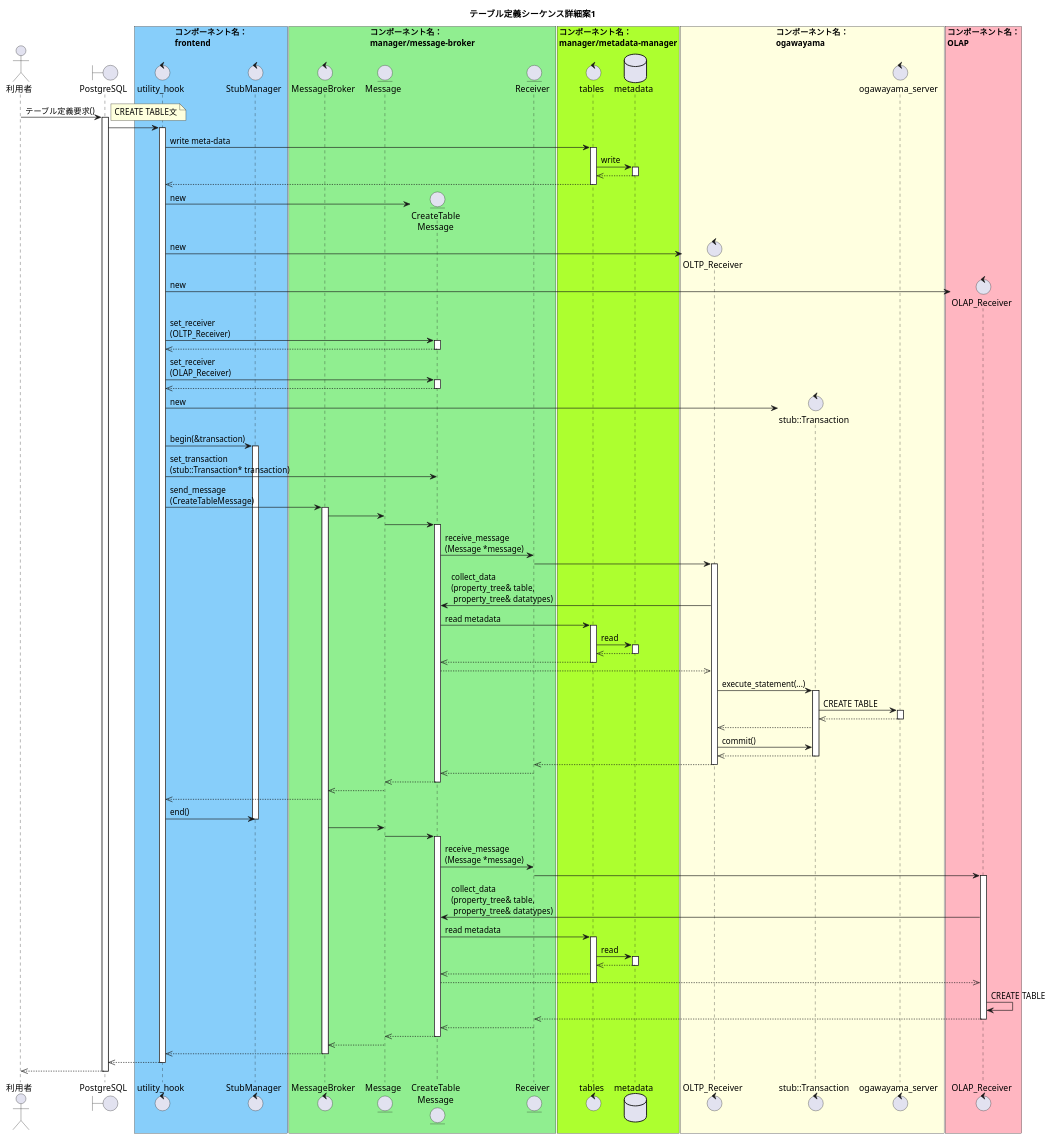
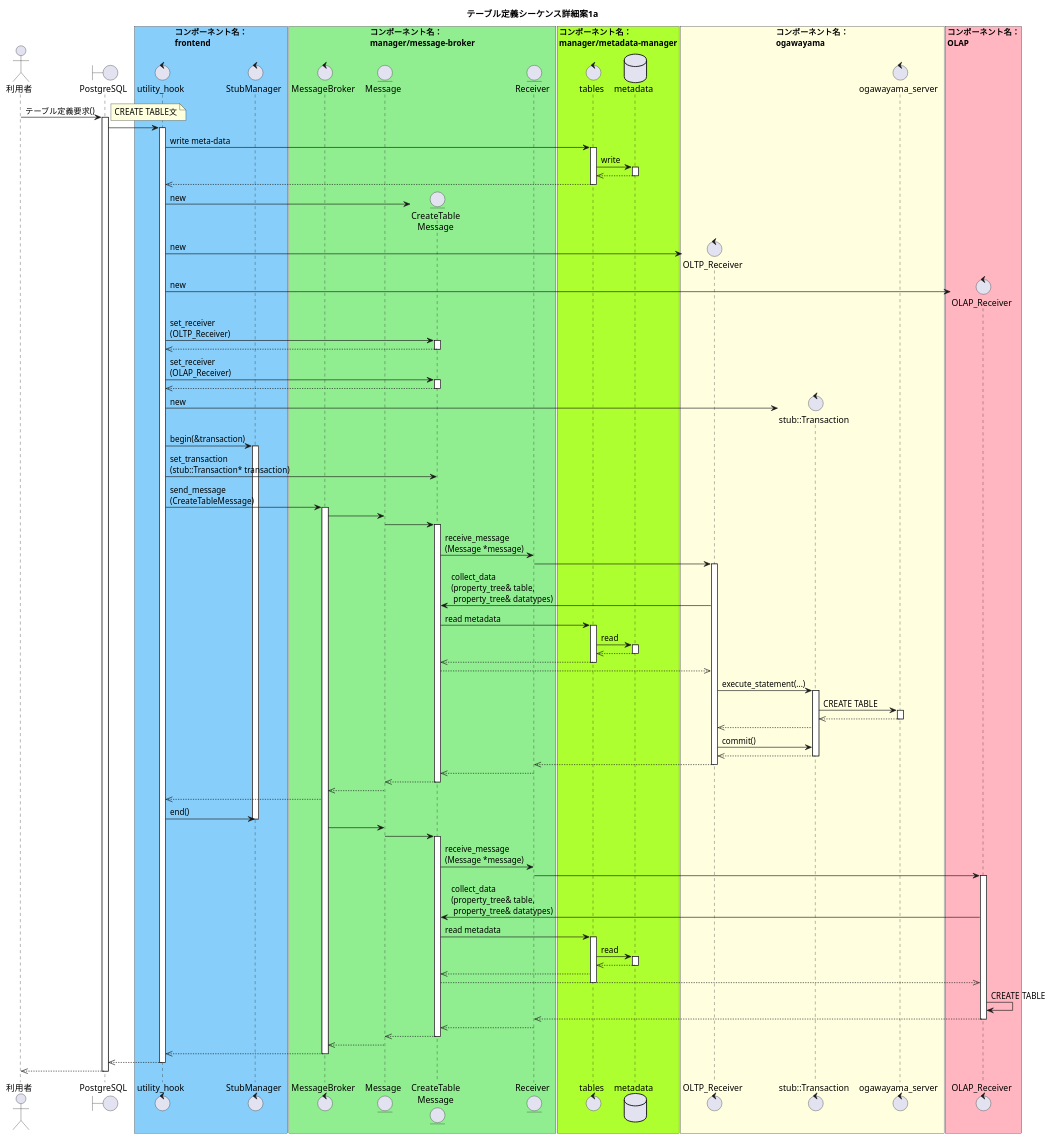
One commit to project-tsurugi/tsurugi_fdw changed the first of 3 diagrams in docs/design/img/CREATE_TABLE_detail.pu. Above: the diagram before and after it, drawn with PlantUML. The commit also changed other lines of this file and 3 other files, not shown here.

Commit message:
Add sequence diagram plan 1b

```diff
--- a/docs/design/img/CREATE_TABLE_detail.pu
+++ b/docs/design/img/CREATE_TABLE_detail.pu
@@ -5,148 +5,148 @@
-@startuml テーブル定義シーケンス詳細案1
+@startuml テーブル定義シーケンス詳細案1a
 
-title テーブル定義シーケンス詳細案1
+title テーブル定義シーケンス詳細案1a
 
 actor 利用者
 boundary PostgreSQL
 
 box "コンポーネント名：\nfrontend" #LightSkyBlue
 control utility_hook
 control StubManager
 end box
 
 box "コンポーネント名：\nmanager/message-broker" #LightGreen
 control MessageBroker
 entity Message
 entity "CreateTable\nMessage" as concrete_message
 entity Receiver
 end box
 
 box "コンポーネント名：\nmanager/metadata-manager" #GreenYellow
 control tables
 database metadata
 end box
 
 box "コンポーネント名：\nogawayama" #LightYellow
 control "OLTP_Receiver" as oltp_receiver
 control "stub::Transaction" as tran
 control ogawayama_server
 end box
 
 box "コンポーネント名：\nOLAP" #LightPink
 control "OLAP_Receiver" as olap_receiver
 end box
 
 利用者 -> PostgreSQL : テーブル定義要求()
 activate PostgreSQL
 note right
 CREATE TABLE文
 end note
 
 PostgreSQL -> utility_hook
 activate utility_hook
   ' write meta-data
   utility_hook -> tables : write meta-data
   activate tables
     tables -> metadata : write
     activate metadata
     tables <<-- metadata
     deactivate metadata
     utility_hook <<-- tables
   deactivate tables
 
   ' create objects
   create concrete_message
   utility_hook -> concrete_message : new
   create oltp_receiver
   utility_hook -> oltp_receiver : new
   create olap_receiver
   utility_hook -> olap_receiver : new
 
   ' set receiver
   utility_hook -> concrete_message : set_receiver\n(OLTP_Receiver)
   activate concrete_message
     utility_hook <<-- concrete_message
   deactivate concrete_message
   utility_hook -> concrete_message : set_receiver\n(OLAP_Receiver)
   activate concrete_message
     utility_hook <<-- concrete_message
   deactivate concrete_message
 
   ' begin transaction
   create tran
   utility_hook -> tran : new
   utility_hook -> StubManager : begin(&transaction)
   activate StubManager
   utility_hook -> concrete_message : set_transaction\n(stub::Transaction* transaction)
 
   ' send message to MessageBroker
   utility_hook -> MessageBroker : send_message\n(CreateTableMessage)
   activate MessageBroker
 
   ' execute command
   MessageBroker -> Message
   Message -> concrete_message
   activate concrete_message
     concrete_message -> Receiver : receive_message\n(Message *message)
     Receiver -> oltp_receiver
     activate oltp_receiver
       oltp_receiver -> concrete_message : collect_data\n(property_tree& table,\n property_tree& datatypes)
       concrete_message -> tables : read metadata
       activate tables
         tables -> metadata : read
         activate metadata
         tables <<-- metadata
         deactivate metadata
         concrete_message <<-- tables
       deactivate tables
       oltp_receiver <<-- concrete_message
       oltp_receiver -> tran : execute_statement(...)
       activate tran
         tran -> ogawayama_server : CREATE TABLE
           activate ogawayama_server
             tran <<-- ogawayama_server
           deactivate ogawayama_server
         oltp_receiver <<-- tran
         oltp_receiver -> tran : commit()
         oltp_receiver <<-- tran
       deactivate tran
     Receiver <<-- oltp_receiver
     deactivate oltp_receiver
     concrete_message <<-- Receiver
   Message <<-- concrete_message
   deactivate concrete_message
   MessageBroker <<-- Message
   utility_hook <<-- MessageBroker
   utility_hook -> StubManager : end()
   deactivate StubManager
   MessageBroker -> Message
   Message -> concrete_message
   activate concrete_message
     concrete_message -> Receiver : receive_message\n(Message *message)
     Receiver -> olap_receiver
     activate olap_receiver
       olap_receiver -> concrete_message : collect_data\n(property_tree& table,\n property_tree& datatypes)
       concrete_message -> tables : read metadata
       activate tables
         tables -> metadata : read
         activate metadata
         tables <<-- metadata
         deactivate metadata
         concrete_message <<-- tables
         olap_receiver <<-- concrete_message
       deactivate tables
       olap_receiver -> olap_receiver : CREATE TABLE
       Receiver <<-- olap_receiver
       deactivate olap_receiver
       concrete_message <<-- Receiver
   Message <<-- concrete_message
   deactivate concrete_message
   MessageBroker <<-- Message
   utility_hook <<-- MessageBroker
   deactivate MessageBroker
 PostgreSQL <<-- utility_hook
 deactivate utility_hook
 利用者 <<-- PostgreSQL
 deactivate PostgreSQL
 
 @enduml
```
